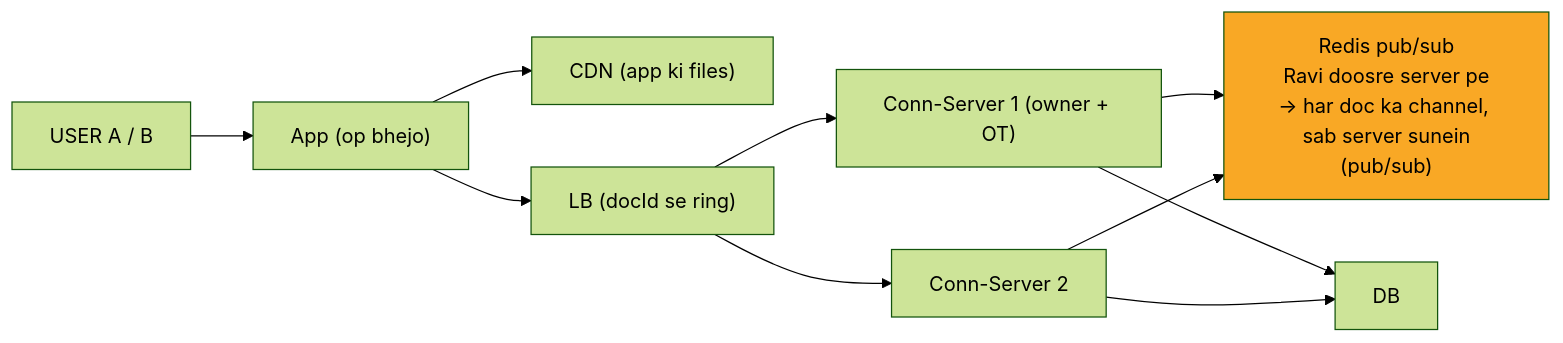
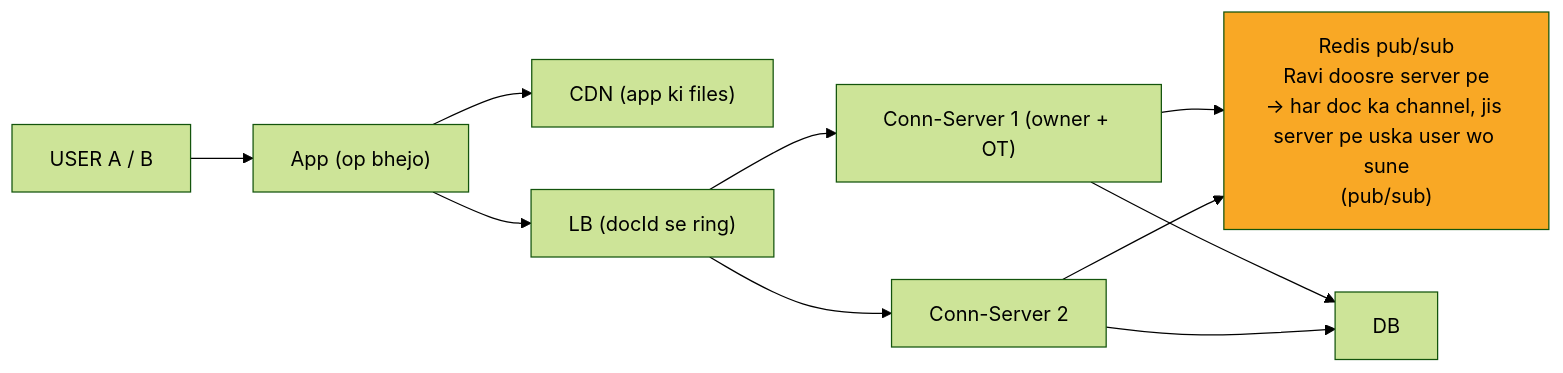
Before and after one commit to ArpanMaheshwari144/Prep: the sixth of 10 diagrams in 04_HLD/SYSTEM_DESIGNS/11_google_docs_collab/11_google_docs_collab.md, drawn with Mermaid (forest theme). The commit also changed 10 other files, not shown here.

````diff
--- a/04_HLD/SYSTEM_DESIGNS/11_google_docs_collab/11_google_docs_collab.md
+++ b/04_HLD/SYSTEM_DESIGNS/11_google_docs_collab/11_google_docs_collab.md
@@ -195,21 +195,21 @@
 ```mermaid
 flowchart LR
     n_USER["USER A / B"]
     n_App["App (op bhejo)"]
     n_CDN["CDN (app ki files)"]
     n_LB["LB (docId se ring)"]
     n_CS1["Conn-Server 1 (owner + OT)"]
     n_CS2["Conn-Server 2"]
-    n_PS["Redis pub/sub<br/>Ravi doosre server pe<br/>-> har doc ka channel, sab server sunein<br/>(pub/sub)"]
+    n_PS["Redis pub/sub<br/>Ravi doosre server pe<br/>-> har doc ka channel, jis server pe uska user wo sune<br/>(pub/sub)"]
     n_DB["DB"]
     n_USER --> n_App
     n_App --> n_CDN
     n_App --> n_LB
     n_LB --> n_CS1
     n_LB --> n_CS2
     n_CS1 --> n_PS
     n_CS2 --> n_PS
     n_CS1 --> n_DB
     n_CS2 --> n_DB
     style n_PS fill:#f9a825,color:#000
 ```
````
